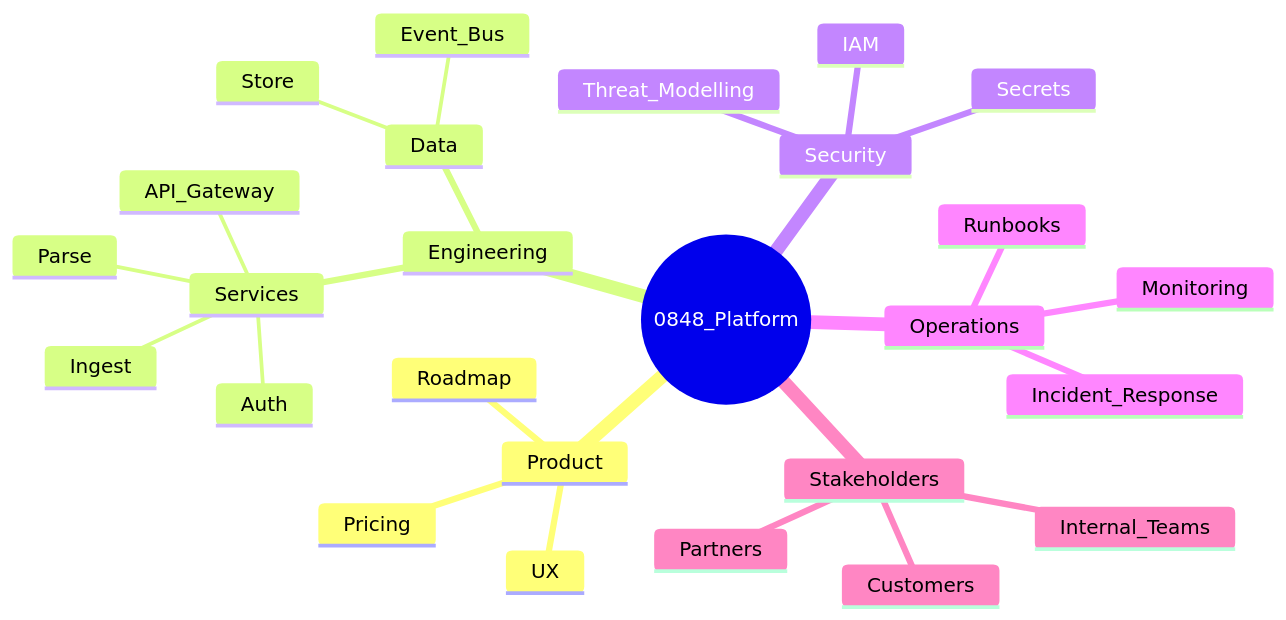
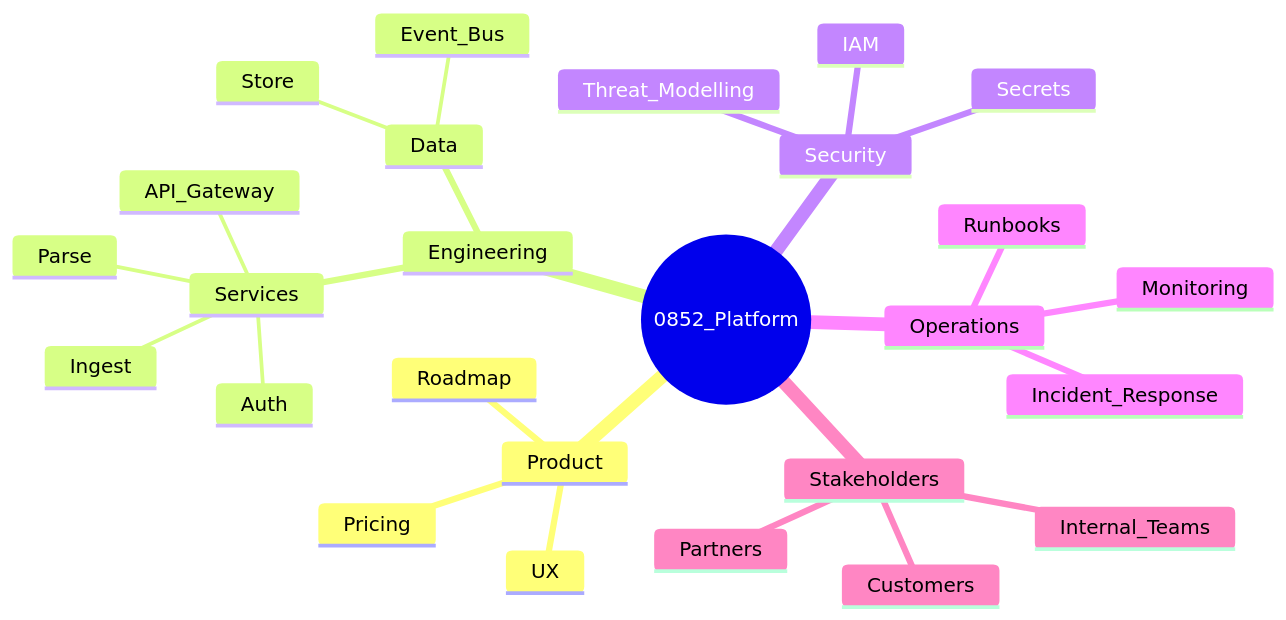
The diagram in diagrams-src/PlatformMindMap.mmd (Beyondthemountain/RoboMermaid), drawn with Mermaid before and after one commit.

```diff
--- a/diagrams-src/PlatformMindMap.mmd
+++ b/diagrams-src/PlatformMindMap.mmd
@@ -1,58 +1,58 @@
 mindmap
 %% Global (included in all views)
-  root((0848_Platform))
+  root((0852_Platform))
 
 %%@view:overview,product
     Product
 %%@view:product
       Roadmap
 %%@view:product
       UX
 %%@view:product
       Pricing
 
 %%@view:overview,engineering
     Engineering
 %%@view:engineering
       Services
 %%@view:engineering
         API_Gateway
 %%@view:engineering
         Auth
 %%@view:engineering
         Ingest
 %%@view:engineering
         Parse
 %%@view:engineering
       Data
 %%@view:engineering
         Store
 %%@view:engineering
         Event_Bus
 
 %%@view:overview,security
     Security
 %%@view:security
       IAM
 %%@view:security
       Secrets
 %%@view:security
       Threat_Modelling
 
 %%@view:overview,ops
     Operations
 %%@view:ops
       Monitoring
 %%@view:ops
       Incident_Response
 %%@view:ops
       Runbooks
 
 %%@view:overview,stakeholders
     Stakeholders
 %%@view:stakeholders
       Customers
 %%@view:stakeholders
       Partners
 %%@view:stakeholders
       Internal_Teams
```
